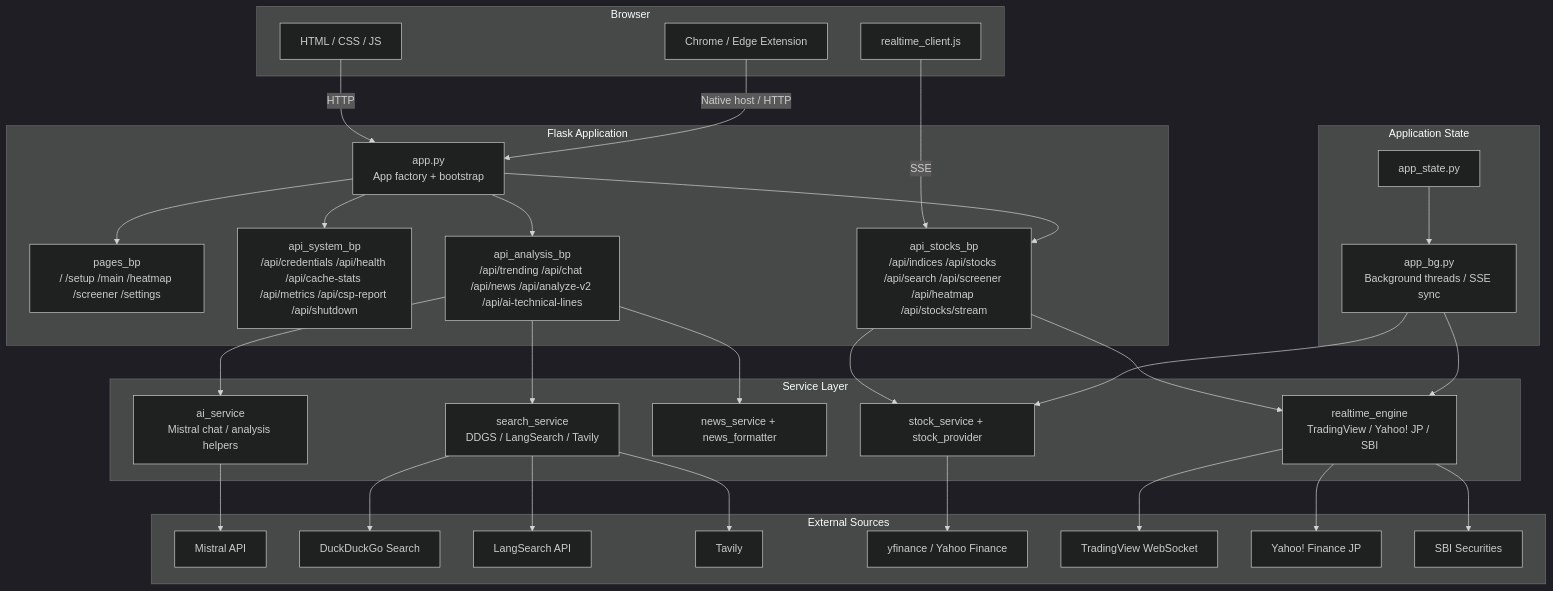
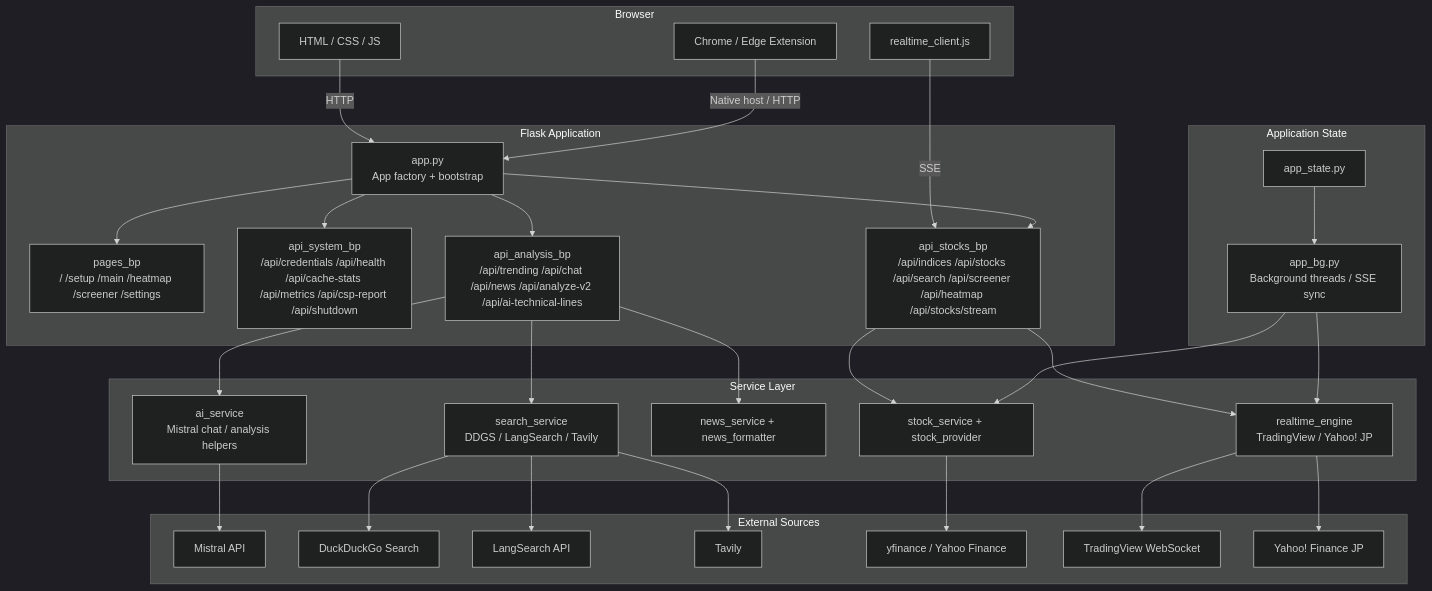
Before and after one commit to TopiTech/mistral_nex_stocks: the first of 3 diagrams in docs/architecture.md, drawn with Mermaid (dark theme). The commit also changed other lines of this file and 24 other files, not shown here.

Commit message:
feat: implement TradingView symbol mapping utility and integrated ticker tape service

````diff
--- a/docs/architecture.md
+++ b/docs/architecture.md
@@ -5,67 +5,65 @@
 ```mermaid
 graph TB
     subgraph Browser["Browser"]
         UI[HTML / CSS / JS]
         EXT[Chrome / Edge Extension]
         RTC[realtime_client.js]
     end
 
     subgraph FlaskApp["Flask Application"]
         APP[app.py\nApp factory + bootstrap]
         PAGES[pages_bp\n/ /setup /main /heatmap /screener /settings]
         SYS[api_system_bp\n/api/credentials /api/health /api/cache-stats /api/metrics /api/csp-report /api/shutdown]
         STOCKS[api_stocks_bp\n/api/indices /api/stocks /api/search /api/screener /api/heatmap /api/stocks/stream]
         ANALYSIS[api_analysis_bp\n/api/trending /api/chat /api/news /api/analyze-v2 /api/ai-technical-lines]
     end
 
     subgraph Services["Service Layer"]
         AI[ai_service\nMistral chat / analysis helpers]
         SEARCH[search_service\nDDGS / LangSearch / Tavily]
         NEWS[news_service + news_formatter]
         STOCK[stock_service + stock_provider]
-        RT[realtime_engine\nTradingView / Yahoo! JP / SBI]
+        RT[realtime_engine\nTradingView / Yahoo! JP]
     end
 
     subgraph State["Application State"]
         AS[app_state.py]
         BG[app_bg.py\nBackground threads / SSE sync]
     end
 
     subgraph External["External Sources"]
         MISTRAL[Mistral API]
         DDGS[DuckDuckGo Search]
         LS[LangSearch API]
         TAVILY[Tavily]
         YF[yfinance / Yahoo Finance]
         TV[TradingView WebSocket]
         YJP[Yahoo! Finance JP]
-        SBI[SBI Securities]
     end
 
     UI -->|HTTP| APP
     RTC -->|SSE| STOCKS
     EXT -->|Native host / HTTP| APP
 
     APP --> PAGES
     APP --> SYS
     APP --> STOCKS
     APP --> ANALYSIS
 
     ANALYSIS --> AI
     ANALYSIS --> SEARCH
     ANALYSIS --> NEWS
     STOCKS --> STOCK
     STOCKS --> RT
     BG --> STOCK
     BG --> RT
     AS --> BG
 
     AI --> MISTRAL
     SEARCH --> DDGS
     SEARCH --> LS
     SEARCH --> TAVILY
     STOCK --> YF
     RT --> TV
     RT --> YJP
-    RT --> SBI
 ```
````
